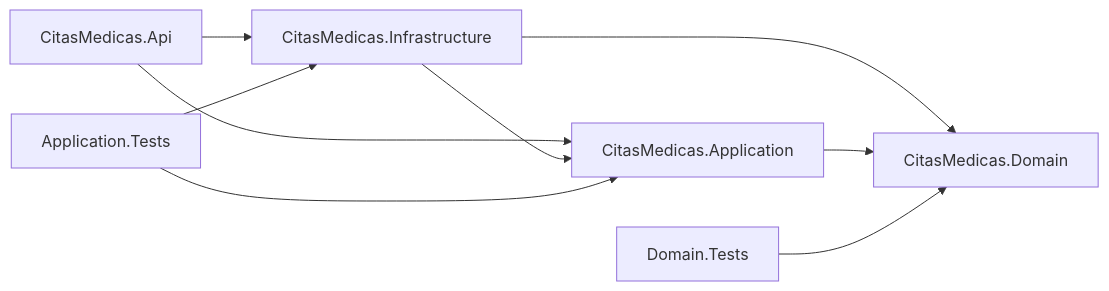
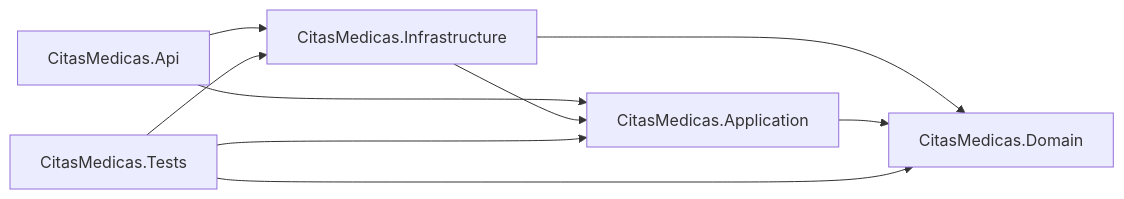
The first of 2 diagrams in specs/001-citas-medicas-core/plan.md (StephanoGo/SDD-NuevaFormaClaude), drawn with Mermaid before and after one commit. The commit also changed other lines of this file and 82 other files, not shown here.

Commit message:
feat(citas-core): implementacion de entidades, contratos, endpoints y tests

````diff
--- a/specs/001-citas-medicas-core/plan.md
+++ b/specs/001-citas-medicas-core/plan.md
@@ -135,11 +128,11 @@
 ```mermaid
 graph LR
     Api["CitasMedicas.Api"] --> App["CitasMedicas.Application"]
     Api --> Infra["CitasMedicas.Infrastructure"]
     Infra --> App
     Infra --> Dom["CitasMedicas.Domain"]
     App --> Dom
-    DT["Domain.Tests"] --> Dom
-    AT["Application.Tests"] --> App
-    AT --> Infra
+    Tests["CitasMedicas.Tests"] --> Dom
+    Tests --> App
+    Tests --> Infra
 ```
````
